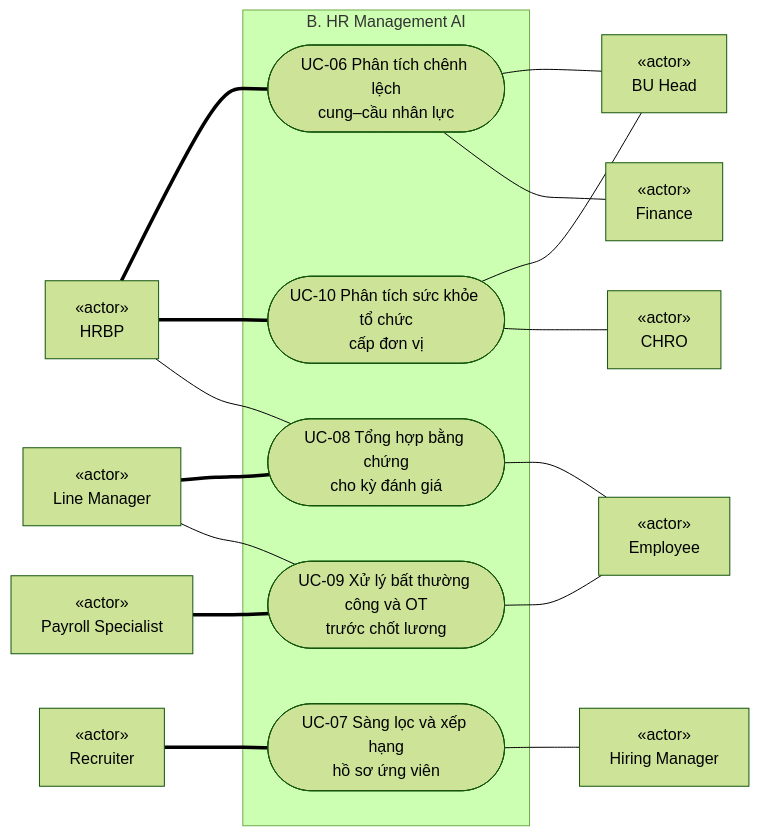
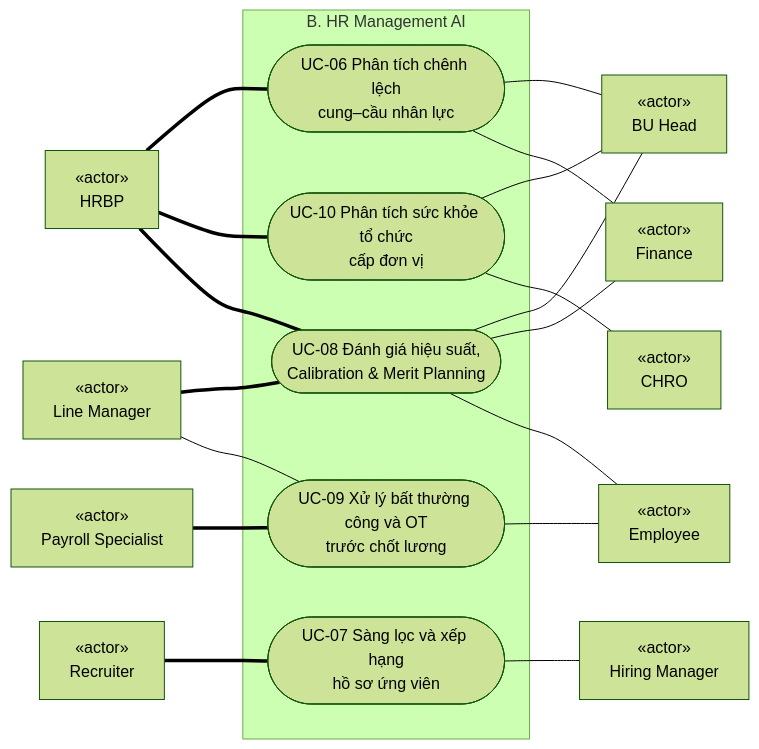
One commit to pbaodev/hrm-fuji changed the third of 5 diagrams in docs/03-use-cases/UC_02_Diagrams.md. Above: the diagram before and after it, drawn with Mermaid (forest theme). The commit also changed other lines of this file and 10 other files, not shown here.

Commit message:
feat: integrate AI Performance Calibration, Merit Planning Engine and LMS Assessment

````diff
--- a/docs/03-use-cases/UC_02_Diagrams.md
+++ b/docs/03-use-cases/UC_02_Diagrams.md
@@ -118,38 +118,40 @@
 ```mermaid
 flowchart LR
     HRBP["«actor»<br/>HRBP"]
     REC["«actor»<br/>Recruiter"]
     LM["«actor»<br/>Line Manager"]
     PAY["«actor»<br/>Payroll Specialist"]
 
     subgraph GB["B. HR Management AI"]
         UC06(["UC-06 Phân tích chênh lệch<br/>cung–cầu nhân lực"])
         UC07(["UC-07 Sàng lọc và xếp hạng<br/>hồ sơ ứng viên"])
-        UC08(["UC-08 Tổng hợp bằng chứng<br/>cho kỳ đánh giá"])
+        UC08(["UC-08 Đánh giá hiệu suất,<br/>Calibration & Merit Planning"])
         UC09(["UC-09 Xử lý bất thường công và OT<br/>trước chốt lương"])
         UC10(["UC-10 Phân tích sức khỏe tổ chức<br/>cấp đơn vị"])
     end
 
     BUH["«actor»<br/>BU Head"]
     FIN["«actor»<br/>Finance"]
     HM["«actor»<br/>Hiring Manager"]
     EMP["«actor»<br/>Employee"]
     CHRO["«actor»<br/>CHRO"]
 
     HRBP === UC06
     HRBP === UC10
+    HRBP === UC08
     REC === UC07
     LM === UC08
     PAY === UC09
 
-    HRBP --- UC08
     LM --- UC09
 
     UC06 --- BUH
     UC06 --- FIN
     UC07 --- HM
+    UC08 --- BUH
+    UC08 --- FIN
     UC08 --- EMP
     UC09 --- EMP
     UC10 --- BUH
     UC10 --- CHRO
 ```
````
